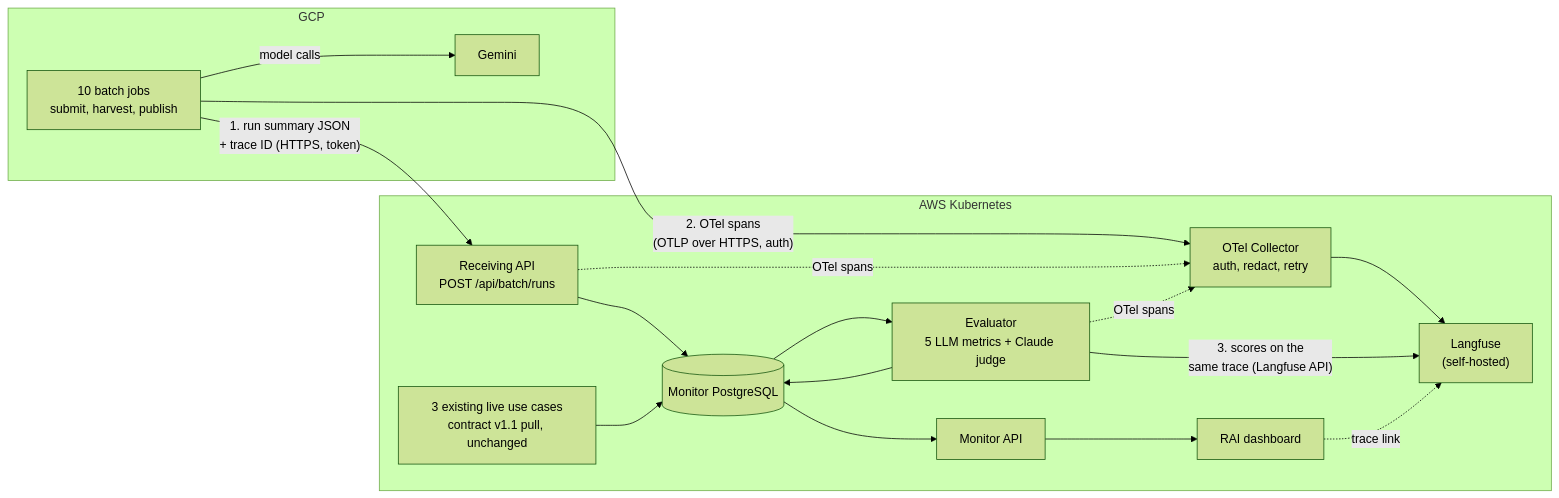
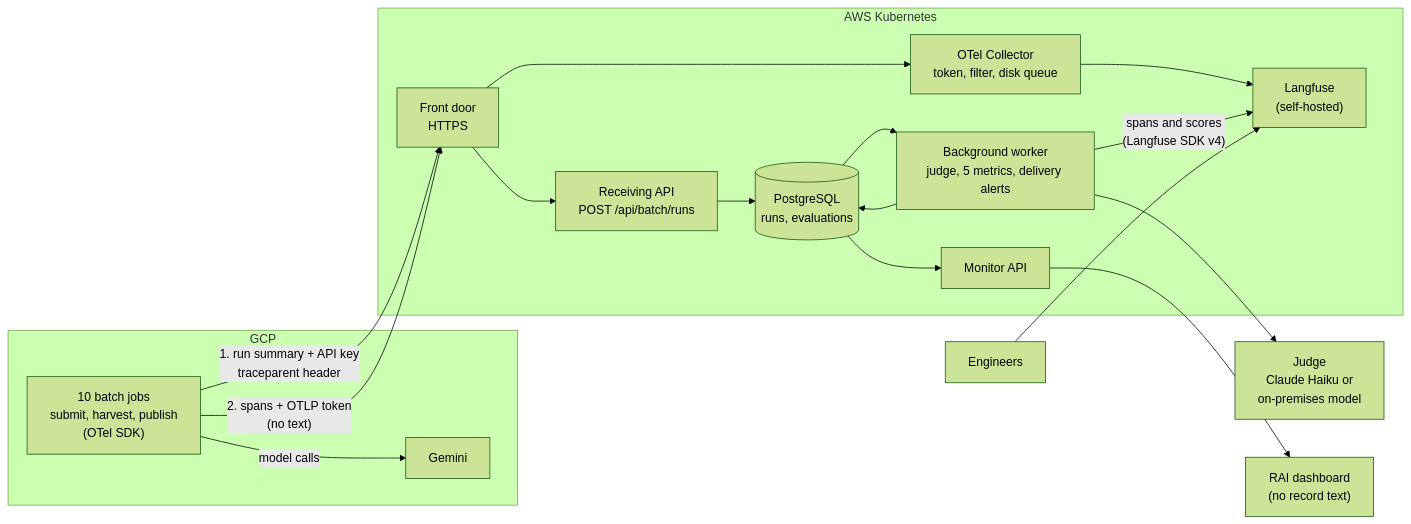
Before and after one commit to tkhongsap-io/model-monitoring-prototype: the second of 2 diagrams in changes/2026-10-02-batch-monitoring-mvp/summary.md, drawn with Mermaid (forest theme). The commit also changed other lines of this file and 3 other files, not shown here.

````diff
--- a/changes/2026-10-02-batch-monitoring-mvp/summary.md
+++ b/changes/2026-10-02-batch-monitoring-mvp/summary.md
@@ -73,20 +75,26 @@
 ```mermaid
 flowchart LR
   subgraph GCP["GCP"]
-    JOB["10 batch jobs<br/>submit, harvest, publish"] -- "model calls" --> GEM["Gemini"]
+    JOB["10 batch jobs<br/>submit, harvest, publish<br/>(OTel SDK)"] -- "model calls" --> GEM["Gemini"]
   end
   subgraph AWS["AWS Kubernetes"]
-    IN["Receiving API<br/>POST /api/batch/runs"] --> DB[("Monitor PostgreSQL")]
-    DB --> EV["Evaluator<br/>5 LLM metrics + Claude judge"]
-    EV --> DB
-    LIVE["3 existing live use cases<br/>contract v1.1 pull, unchanged"] --> DB
-    COL["OTel Collector<br/>auth, redact, retry"] --> LF["Langfuse<br/>(self-hosted)"]
-    DB --> MAPI["Monitor API"] --> UI["RAI dashboard"]
+    FD["Front door<br/>HTTPS"]
+    IN["Receiving API<br/>POST /api/batch/runs"]
+    COL["OTel Collector<br/>token, filter, disk queue"]
+    DB[("PostgreSQL<br/>runs, evaluations")]
+    WK["Background worker<br/>judge, 5 metrics, delivery alerts"]
+    LF["Langfuse<br/>(self-hosted)"]
+    MAPI["Monitor API"]
+    FD --> IN --> DB
+    FD --> COL --> LF
+    DB --> WK --> DB
+    WK -- "spans and scores<br/>(Langfuse SDK v4)" --> LF
+    DB --> MAPI
   end
-  JOB -- "1. run summary JSON<br/>+ trace ID (HTTPS, token)" --> IN
-  JOB -- "2. OTel spans<br/>(OTLP over HTTPS, auth)" --> COL
-  IN -. "OTel spans" .-> COL
-  EV -. "OTel spans" .-> COL
-  EV -- "3. scores on the<br/>same trace (Langfuse API)" --> LF
-  UI -. "trace link" .-> LF
+  JUDGE["Judge<br/>Claude Haiku or<br/>on-premises model"]
+  JOB -- "1. run summary + API key<br/>traceparent header" --> FD
+  JOB -- "2. spans + OTLP token<br/>(no text)" --> FD
+  WK --> JUDGE
+  MAPI --> UI["RAI dashboard<br/>(no record text)"]
+  ENG["Engineers"] --> LF
 ```
````
